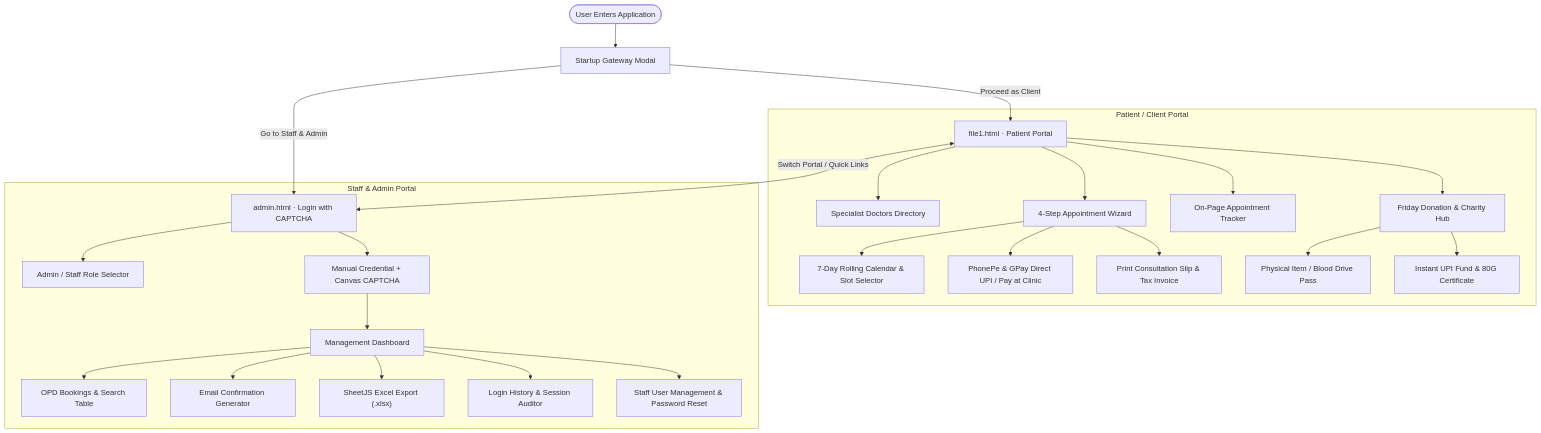
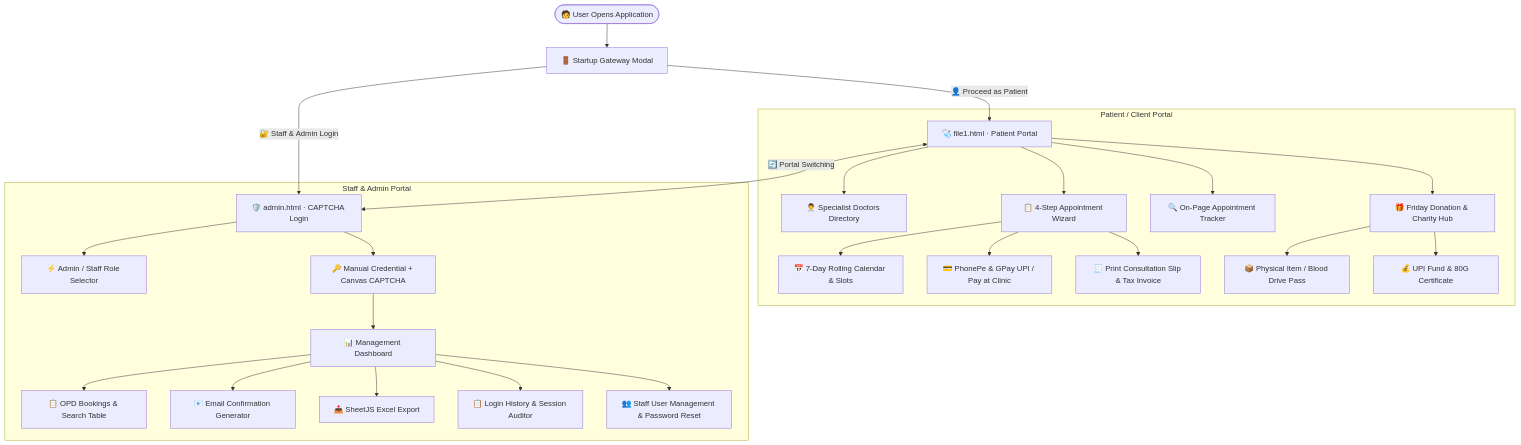
One commit to dhruvbalodi284-png/uni-health-center changed the diagram in README.md. Above: the diagram before and after it, drawn with Mermaid. The commit also changed other lines of this file, not shown here.

````diff
--- a/README.md
+++ b/README.md
@@ -40,35 +116,35 @@
 ```mermaid
 flowchart TD
-    User(["User Enters Application"]) --> Gateway["Startup Gateway Modal"]
+    User(["🧑 User Opens Application"]) --> Gateway["🚪 Startup Gateway Modal"]
     
-    Gateway -->|"Proceed as Client"| ClientPortal["file1.html · Patient Portal"]
-    Gateway -->|"Go to Staff & Admin"| AdminLogin["admin.html · Login with CAPTCHA"]
+    Gateway -->|"👤 Proceed as Patient"| ClientPortal["🩺 file1.html · Patient Portal"]
+    Gateway -->|"🔐 Staff & Admin Login"| AdminLogin["🛡️ admin.html · CAPTCHA Login"]
     
     subgraph Client ["Patient / Client Portal"]
-        ClientPortal --> DocDirectory["Specialist Doctors Directory"]
-        ClientPortal --> Stepper["4-Step Appointment Wizard"]
-        ClientPortal --> Tracker["On-Page Appointment Tracker"]
-        ClientPortal --> DonationHub["Friday Donation & Charity Hub"]
+        ClientPortal --> DocDirectory["👨‍⚕️ Specialist Doctors Directory"]
+        ClientPortal --> Stepper["📋 4-Step Appointment Wizard"]
+        ClientPortal --> Tracker["🔍 On-Page Appointment Tracker"]
+        ClientPortal --> DonationHub["🎁 Friday Donation & Charity Hub"]
         
-        Stepper --> CalendarSlot["7-Day Rolling Calendar & Slot Selector"]
-        Stepper --> DualPayment["PhonePe & GPay Direct UPI / Pay at Clinic"]
-        Stepper --> SlipGen["Print Consultation Slip & Tax Invoice"]
+        Stepper --> CalendarSlot["📅 7-Day Rolling Calendar & Slots"]
+        Stepper --> DualPayment["💳 PhonePe & GPay UPI / Pay at Clinic"]
+        Stepper --> SlipGen["🧾 Print Consultation Slip & Tax Invoice"]
         
-        DonationHub --> FridayPass["Physical Item / Blood Drive Pass"]
-        DonationHub --> OnlineFund["Instant UPI Fund & 80G Certificate"]
+        DonationHub --> FridayPass["📦 Physical Item / Blood Drive Pass"]
+        DonationHub --> OnlineFund["💰 UPI Fund & 80G Certificate"]
     end
     
     subgraph StaffAdmin ["Staff & Admin Portal"]
-        AdminLogin --> RoleSelector["Admin / Staff Role Selector"]
-        AdminLogin --> ManualAuth["Manual Credential + Canvas CAPTCHA"]
-        ManualAuth --> Dashboard["Management Dashboard"]
+        AdminLogin --> RoleSelector["⚡ Admin / Staff Role Selector"]
+        AdminLogin --> ManualAuth["🔑 Manual Credential + Canvas CAPTCHA"]
+        ManualAuth --> Dashboard["📊 Management Dashboard"]
         
-        Dashboard --> BookingsTab["OPD Bookings & Search Table"]
-        Dashboard --> EmailModal["Email Confirmation Generator"]
-        Dashboard --> ExcelExport["SheetJS Excel Export (.xlsx)"]
-        Dashboard --> LoginAudit["Login History & Session Auditor"]
-        Dashboard --> StaffAccounts["Staff User Management & Password Reset"]
+        Dashboard --> BookingsTab["📋 OPD Bookings & Search Table"]
+        Dashboard --> EmailModal["📧 Email Confirmation Generator"]
+        Dashboard --> ExcelExport["📥 SheetJS Excel Export"]
+        Dashboard --> LoginAudit["📋 Login History & Session Auditor"]
+        Dashboard --> StaffAccounts["👥 Staff User Management & Password Reset"]
     end
     
-    ClientPortal <-->|"Switch Portal / Quick Links"| AdminLogin
+    ClientPortal <-->|"🔄 Portal Switching"| AdminLogin
 ```
````
